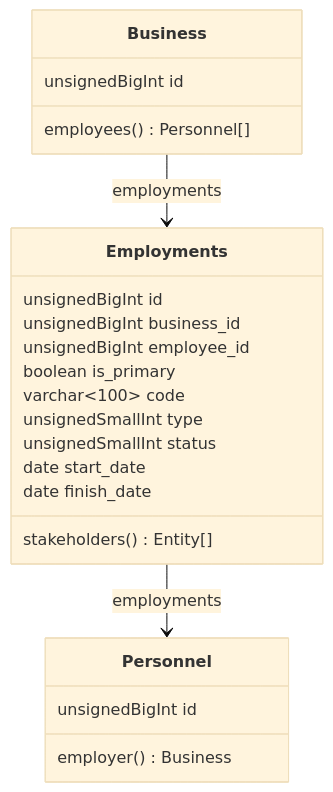
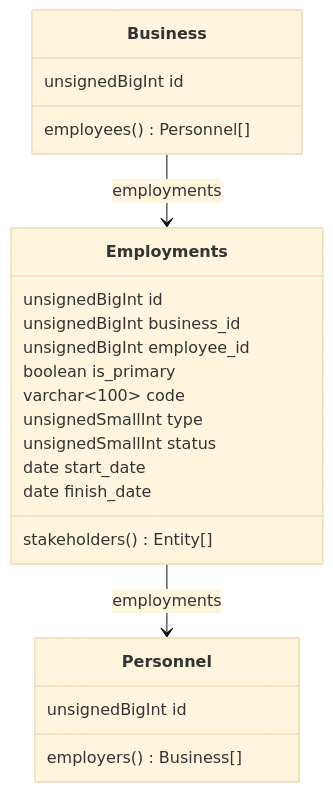
Before and after one commit to creasico/laravel-base: the fourth of 7 diagrams in database/README.md, drawn with Mermaid (base theme). The commit also changed other lines of this file, not shown here.

Commit message:
chore(docs): update missing docs

````diff
--- a/database/README.md
+++ b/database/README.md
@@ -247,26 +246,26 @@
 ```mermaid
 classDiagram
      Employments --> Personnel : employments
      Business --> Employments : employments
 
     class Business {
         unsignedBigInt id
         employees() Personnel[]
     }
     class Personnel {
         unsignedBigInt id
-        employer() Business
+        employers() Business[]
     }
     class Employments {
         unsignedBigInt id
         unsignedBigInt business_id
         unsignedBigInt employee_id
         boolean is_primary
         varchar~100~ code
         unsignedSmallInt type
         unsignedSmallInt status
         date start_date
         date finish_date
         stakeholders() Entity[]
     }
 ```
````
